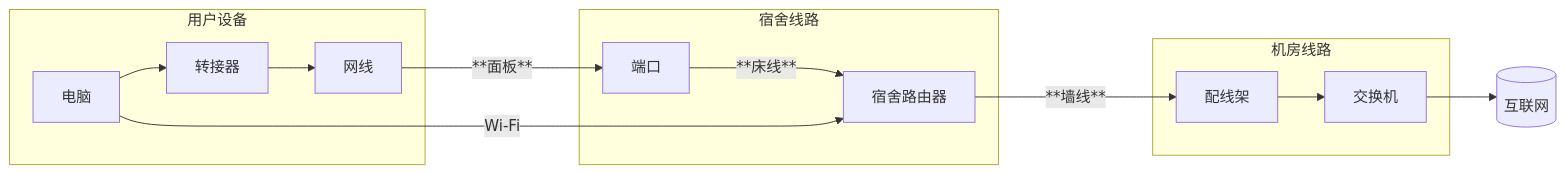
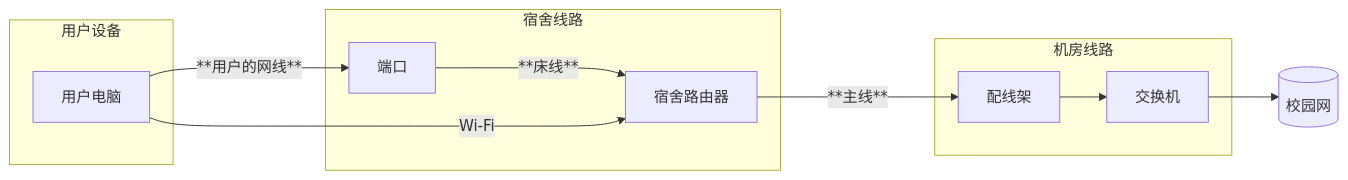
Before and after one commit to ZSCNetSupportDept/website: the second of 4 diagrams in docs/wiki/05-基础知识/01-学校的网络结构.md, drawn with Mermaid. The commit also changed other lines of this file and 6 other files, not shown here.

````diff
--- a/docs/wiki/05-基础知识/01-学校的网络结构.md
+++ b/docs/wiki/05-基础知识/01-学校的网络结构.md
@@ -42,16 +75,19 @@
-```mermaid 传统的电信网络架构
+```mermaid 宿舍网络结构
 
 graph LR
     subgraph 用户设备
-    电脑-->转接器-->网线
+    用户电脑
     end
+    
     subgraph  宿舍线路 
-    网线--**面板**--->端口--**床线**--->宿舍路由器
+    用户电脑--**用户的网线**-->端口--**床线**--->宿舍路由器
     end
+    
     subgraph 机房线路
-    宿舍路由器--**墙线**--->配线架-->交换机
+    宿舍路由器--**主线**--->配线架-->交换机
     end
-    交换机-->yys[(互联网)]
-    电脑--Wi-Fi--->宿舍路由器
+    
+    交换机-->yys[(校园网)]
+    用户电脑--Wi-Fi--->宿舍路由器
 
 ```
````
